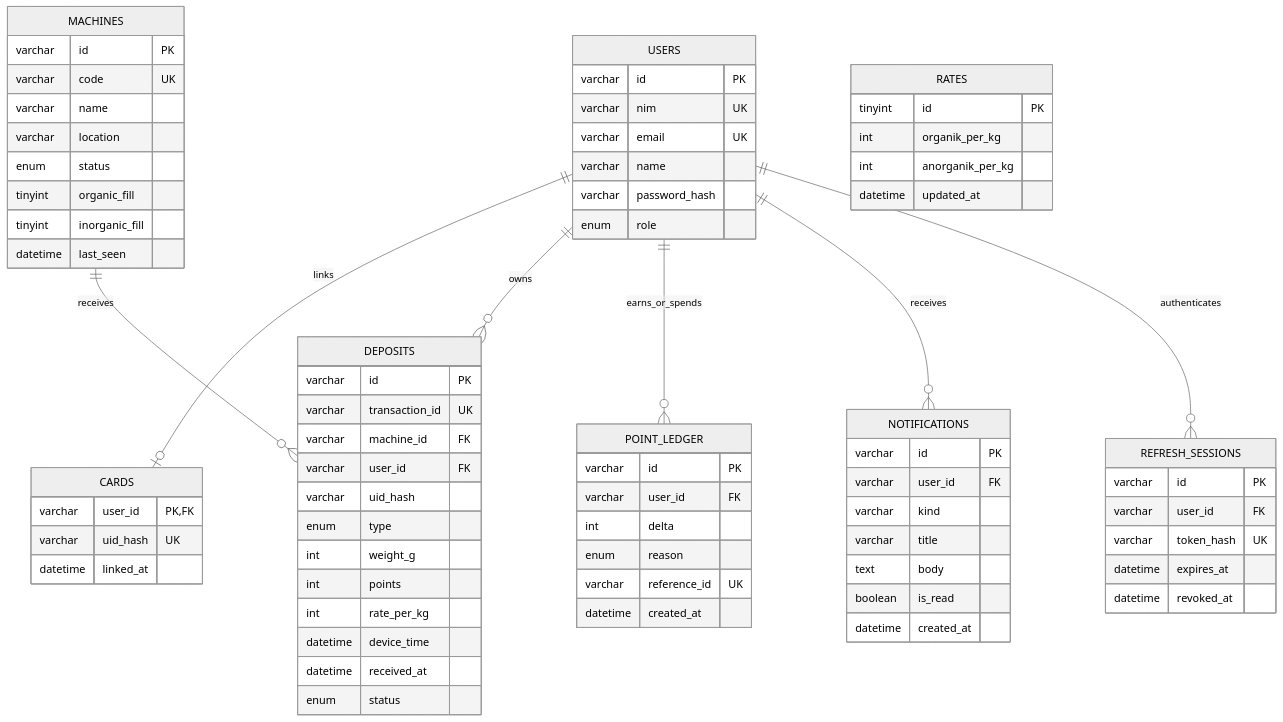
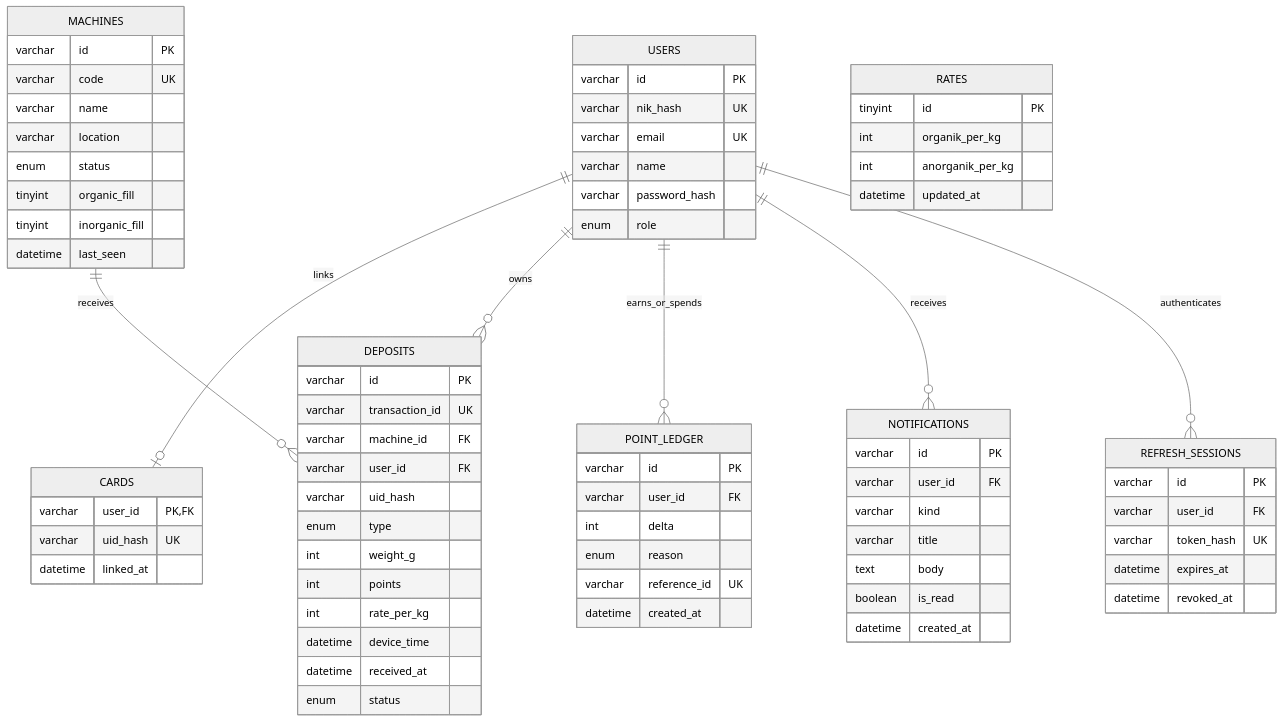
Before and after one commit to ramadhanjp2/smartbin: the diagram in README.md, drawn with Mermaid (neutral theme). The commit also changed other lines of this file and 14 other files, not shown here.

Commit message:
Add MQTT MongoDB realtime architecture

````diff
--- a/README.md
+++ b/README.md
@@ -527,76 +530,76 @@
 ```mermaid
 erDiagram
     USERS ||--o| CARDS : links
     USERS ||--o{ DEPOSITS : owns
     MACHINES ||--o{ DEPOSITS : receives
     USERS ||--o{ POINT_LEDGER : earns_or_spends
     USERS ||--o{ NOTIFICATIONS : receives
     USERS ||--o{ REFRESH_SESSIONS : authenticates
     USERS {
         varchar id PK
-        varchar nim UK
+        varchar nik_hash UK
         varchar email UK
         varchar name
         varchar password_hash
         enum role
     }
     CARDS {
         varchar user_id PK, FK
         varchar uid_hash UK
         datetime linked_at
     }
     MACHINES {
         varchar id PK
         varchar code UK
         varchar name
         varchar location
         enum status
         tinyint organic_fill
         tinyint inorganic_fill
         datetime last_seen
     }
     DEPOSITS {
         varchar id PK
         varchar transaction_id UK
         varchar machine_id FK
         varchar user_id FK
         varchar uid_hash
         enum type
         int weight_g
         int points
         int rate_per_kg
         datetime device_time
         datetime received_at
         enum status
     }
     POINT_LEDGER {
         varchar id PK
         varchar user_id FK
         int delta
         enum reason
         varchar reference_id UK
         datetime created_at
     }
     RATES {
         tinyint id PK
         int organik_per_kg
         int anorganik_per_kg
         datetime updated_at
     }
     NOTIFICATIONS {
         varchar id PK
         varchar user_id FK
         varchar kind
         varchar title
         text body
         boolean is_read
         datetime created_at
     }
     REFRESH_SESSIONS {
         varchar id PK
         varchar user_id FK
         varchar token_hash UK
         datetime expires_at
         datetime revoked_at
     }
 ```
````
